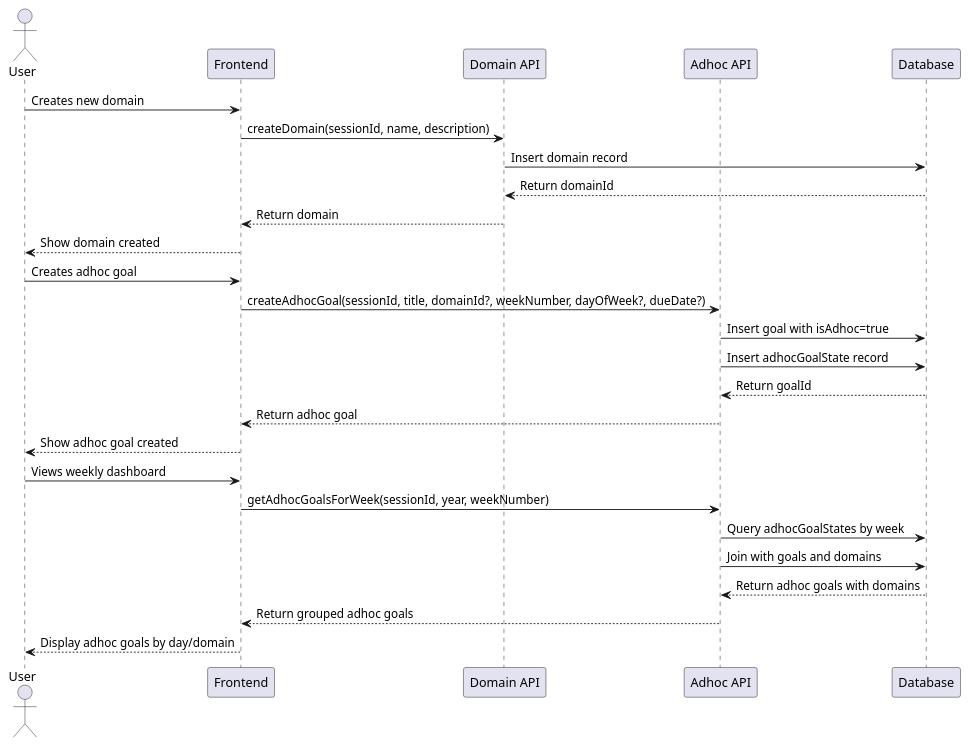
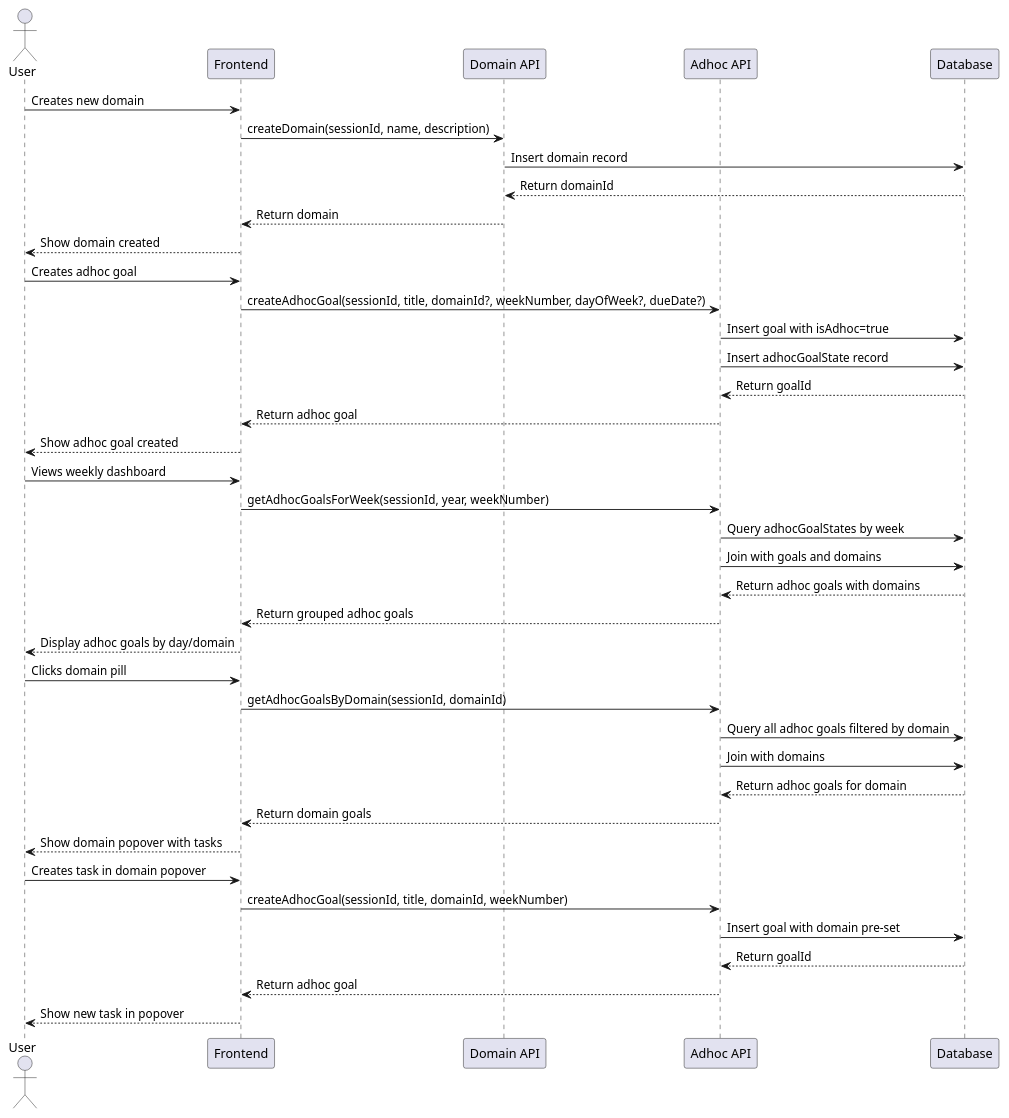
One commit to conradkoh/goals changed the diagram in codemaps/adhoc-goals-domains.codemap.md. Above: the diagram before and after it, drawn with PlantUML. The commit also changed other lines of this file and 3 other files, not shown here.

First line of the commit message:
feat: add domain popover for adhoc tasks with tabbed layout

````diff
--- a/codemaps/adhoc-goals-domains.codemap.md
+++ b/codemaps/adhoc-goals-domains.codemap.md
@@ -9,32 +9,47 @@
 ```plantuml
 @startuml
 actor User
 participant "Frontend" as FE
 participant "Domain API" as DA
 participant "Adhoc API" as AA
 participant "Database" as DB
 
 User -> FE: Creates new domain
 FE -> DA: createDomain(sessionId, name, description)
 DA -> DB: Insert domain record
 DB --> DA: Return domainId
 DA --> FE: Return domain
 FE --> User: Show domain created
 
 User -> FE: Creates adhoc goal
 FE -> AA: createAdhocGoal(sessionId, title, domainId?, weekNumber, dayOfWeek?, dueDate?)
 AA -> DB: Insert goal with isAdhoc=true
 AA -> DB: Insert adhocGoalState record
 DB --> AA: Return goalId
 AA --> FE: Return adhoc goal
 FE --> User: Show adhoc goal created
 
 User -> FE: Views weekly dashboard
 FE -> AA: getAdhocGoalsForWeek(sessionId, year, weekNumber)
 AA -> DB: Query adhocGoalStates by week
 AA -> DB: Join with goals and domains
 DB --> AA: Return adhoc goals with domains
 AA --> FE: Return grouped adhoc goals
 FE --> User: Display adhoc goals by day/domain
+
+User -> FE: Clicks domain pill
+FE -> AA: getAdhocGoalsByDomain(sessionId, domainId)
+AA -> DB: Query all adhoc goals filtered by domain
+AA -> DB: Join with domains
+DB --> AA: Return adhoc goals for domain
+AA --> FE: Return domain goals
+FE --> User: Show domain popover with tasks
+
+User -> FE: Creates task in domain popover
+FE -> AA: createAdhocGoal(sessionId, title, domainId, weekNumber)
+AA -> DB: Insert goal with domain pre-set
+DB --> AA: Return goalId
+AA --> FE: Return adhoc goal
+FE --> User: Show new task in popover
 @enduml
 ```
````
